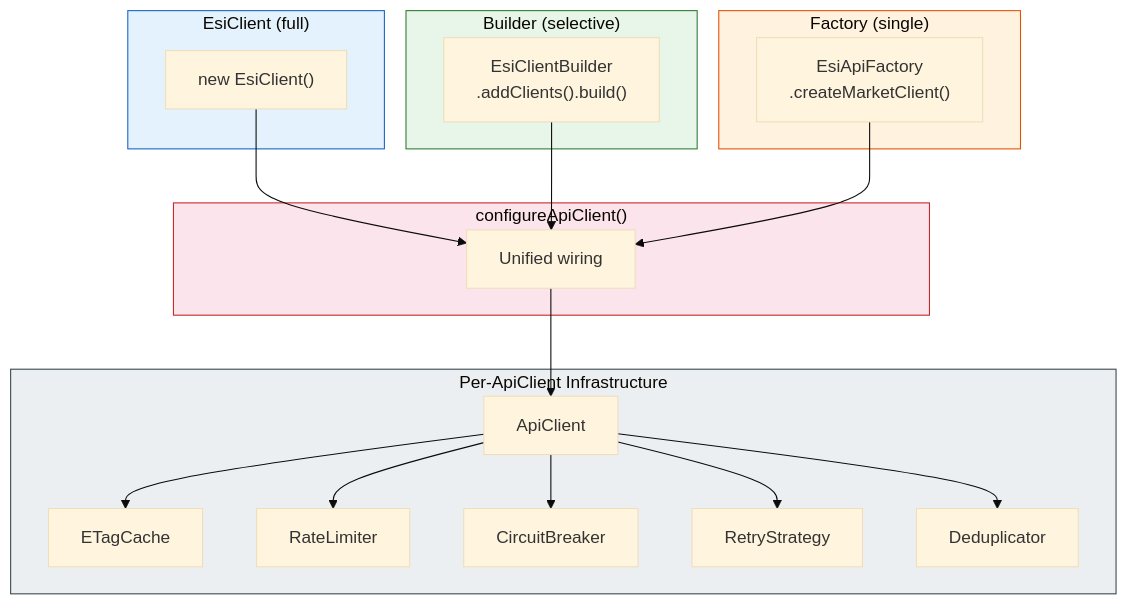
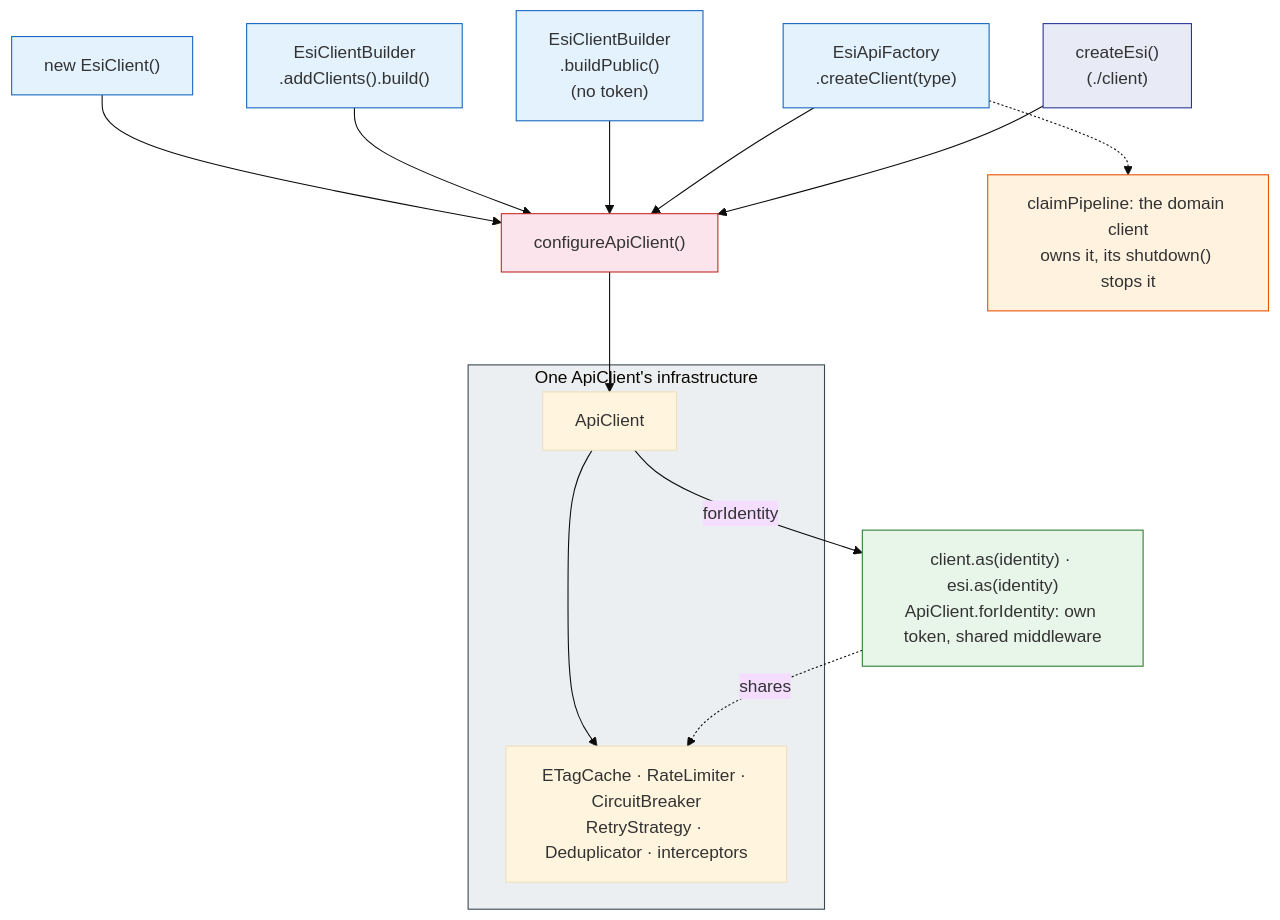
Before and after one commit to lgriffin/ESI.ts: diagram 14 of 17 in guides/ARCHITECTURE.md, drawn with Mermaid (base theme). The commit also changed other lines of this file and 2 other files, not shown here.

First line of the commit message:
docs(architecture): redraw diagrams for custom clients as the product and spec:generate outputs (#688)

````diff
--- a/guides/ARCHITECTURE.md
+++ b/guides/ARCHITECTURE.md
@@ -1040,41 +1036,39 @@
 ```mermaid
 flowchart TB
-    subgraph P1 ["EsiClient (full)"]
-        p1["new EsiClient()"]
-    end
-    subgraph P2 ["Builder (selective)"]
-        p2["EsiClientBuilder\n.addClients().build()"]
-    end
-    subgraph P3 ["Factory (single)"]
-        p3["EsiApiFactory\n.createMarketClient()"]
+    p1["new EsiClient()"]
+    p2["EsiClientBuilder<br/>.addClients().build()"]
+    p2p["EsiClientBuilder<br/>.buildPublic()<br/>(no token)"]
+    p3["EsiApiFactory<br/>.createClient(type)"]
+    p4["createEsi()<br/>(./client)"]
+
+    cw["configureApiClient()"]
+
+    subgraph Infra ["One ApiClient's infrastructure"]
+        ac["ApiClient"]
+        shared["ETagCache · RateLimiter · CircuitBreaker<br/>RetryStrategy · Deduplicator · interceptors"]
     end
 
-    subgraph CW ["configureApiClient()"]
-        cw["Unified wiring"]
-    end
-
-    subgraph Infra ["Per-ApiClient Infrastructure"]
-        ac["ApiClient"]
-        cache["ETagCache"]
-        rl["RateLimiter"]
-        cb["CircuitBreaker"]
-        retry["RetryStrategy"]
-        dedup["Deduplicator"]
-    end
+    view["client.as(identity) · esi.as(identity)<br/>ApiClient.forIdentity: own token, shared middleware"]
+    own["claimPipeline: the domain client<br/>owns it, its shutdown() stops it"]
 
     p1 --> cw
     p2 --> cw
+    p2p --> cw
     p3 --> cw
+    p4 --> cw
     cw --> ac
-    ac --> cache
-    ac --> rl
-    ac --> cb
-    ac --> retry
-    ac --> dedup
+    ac --> shared
+    ac -- "forIdentity" --> view
+    view -. "shares" .-> shared
+    p3 -.-> own
 
-    style P1 fill:#e3f2fd,stroke:#1565c0
-    style P2 fill:#e8f5e9,stroke:#2e7d32
-    style P3 fill:#fff3e0,stroke:#e65100
-    style CW fill:#fce4ec,stroke:#c62828
+    style p1 fill:#e3f2fd,stroke:#1565c0
+    style p2 fill:#e3f2fd,stroke:#1565c0
+    style p2p fill:#e3f2fd,stroke:#1565c0
+    style p3 fill:#e3f2fd,stroke:#1565c0
+    style p4 fill:#e8eaf6,stroke:#283593
+    style cw fill:#fce4ec,stroke:#c62828
     style Infra fill:#eceff1,stroke:#37474f
+    style view fill:#e8f5e9,stroke:#2e7d32
+    style own fill:#fff3e0,stroke:#e65100
 ```
````
